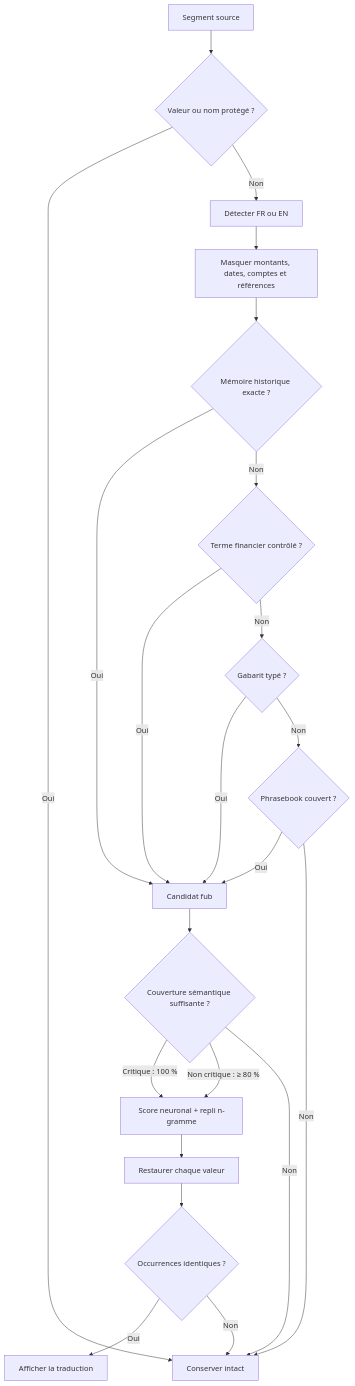
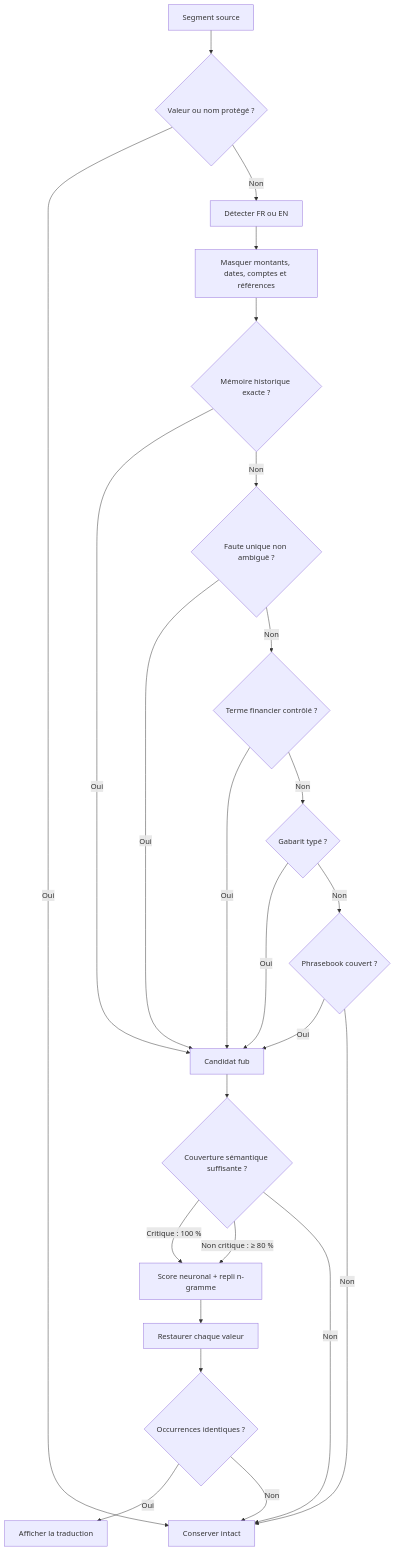
Before and after one commit to kaezerwatto/KORA: the third of 7 diagrams in docs/ARCHITECTURE.md, drawn with Mermaid. The commit also changed other lines of this file and 30 other files, not shown here.

````diff
--- a/docs/ARCHITECTURE.md
+++ b/docs/ARCHITECTURE.md
@@ -72,24 +72,26 @@
 ```mermaid
 flowchart TD
     A[Segment source] --> B{Valeur ou nom protégé ?}
     B -->|Oui| Z[Conserver intact]
     B -->|Non| C[Détecter FR ou EN]
     C --> D[Masquer montants, dates, comptes et références]
     D --> E{Mémoire historique exacte ?}
     E -->|Oui| J[Candidat fub]
-    E -->|Non| CE{Terme financier contrôlé ?}
+    E -->|Non| R{Faute unique non ambiguë ?}
+    R -->|Oui| J
+    R -->|Non| CE{Terme financier contrôlé ?}
     CE -->|Oui| J
     CE -->|Non| F{Gabarit typé ?}
     F -->|Oui| J
     F -->|Non| G{Phrasebook couvert ?}
     G -->|Oui| J
     G -->|Non| Z
     J --> H{Couverture sémantique suffisante ?}
     H -->|Critique : 100 %| I[Score neuronal + repli n-gramme]
     H -->|Non critique : ≥ 80 %| I
     H -->|Non| Z
     I --> K[Restaurer chaque valeur]
     K --> L{Occurrences identiques ?}
     L -->|Oui| M[Afficher la traduction]
     L -->|Non| Z
 ```
````
